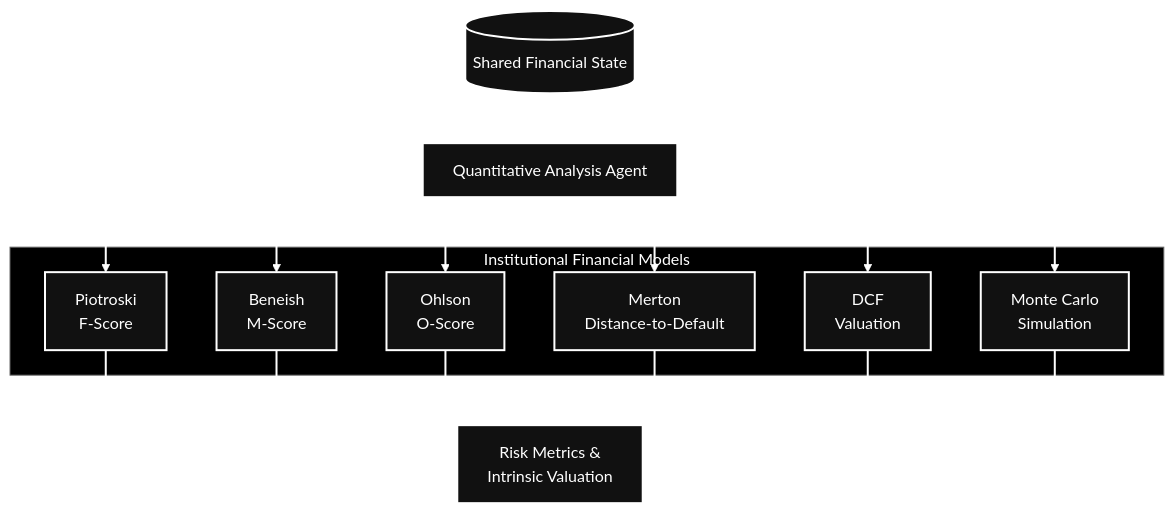
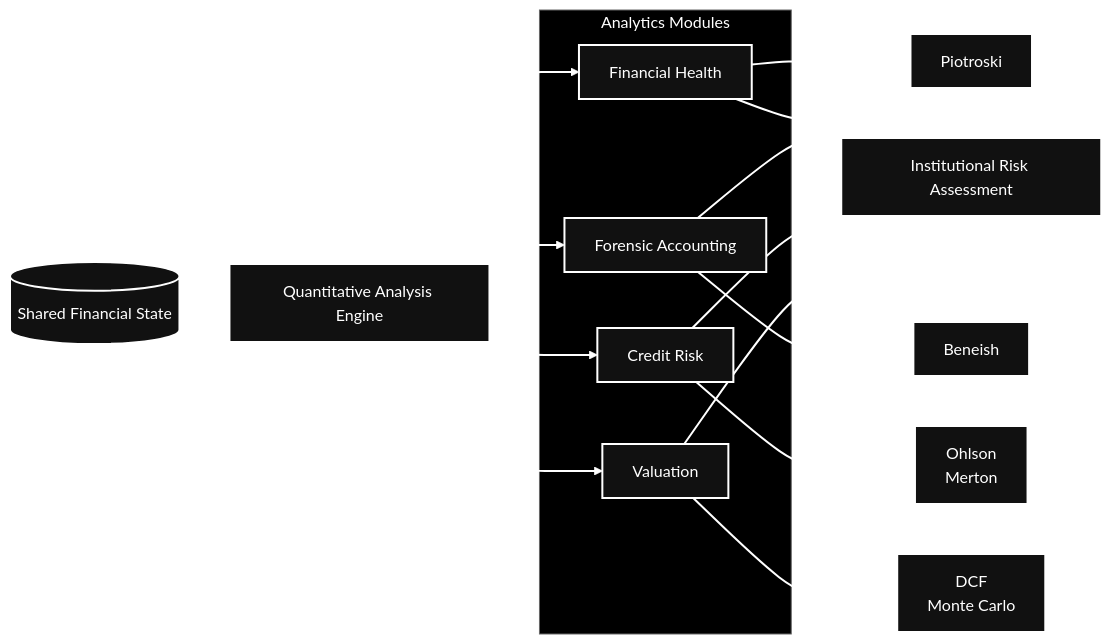
The diagram in README.md (Shiva498689/GDG_PS), drawn with Mermaid before and after one commit.

````diff
--- a/README.md
+++ b/README.md
@@ -1,49 +1,49 @@
 ```mermaid
-flowchart TB
+flowchart LR
 
     STATE[(Shared Financial State)]
 
-    AGENT["Quantitative Analysis Agent"]
+    AGENT["Quantitative Analysis Engine"]
 
-    subgraph MODELS["Institutional Financial Models"]
+    subgraph ANALYTICS["Analytics Modules"]
 
-        F["Piotroski<br/>F-Score"]
+        HEALTH["Financial Health"]
 
-        B["Beneish<br/>M-Score"]
+        FORENSICS["Forensic Accounting"]
 
-        O["Ohlson<br/>O-Score"]
+        CREDIT["Credit Risk"]
 
-        M["Merton<br/>Distance-to-Default"]
-
-        D["DCF<br/>Valuation"]
-
-        MC["Monte Carlo<br/>Simulation"]
+        VAL["Valuation"]
 
     end
 
-    OUTPUT["Risk Metrics &<br/>Intrinsic Valuation"]
+    OUTPUT["Institutional Risk Assessment"]
 
     STATE --> AGENT
 
-    AGENT --> F
-    AGENT --> B
-    AGENT --> O
-    AGENT --> M
-    AGENT --> D
-    AGENT --> MC
+    AGENT --> HEALTH
+    AGENT --> FORENSICS
+    AGENT --> CREDIT
+    AGENT --> VAL
 
-    F --> OUTPUT
-    B --> OUTPUT
-    O --> OUTPUT
-    M --> OUTPUT
-    D --> OUTPUT
-    MC --> OUTPUT
+    HEALTH --- HEALTH_M["Piotroski"]
+
+    FORENSICS --- FORENSICS_M["Beneish"]
+
+    CREDIT --- CREDIT_M["Ohlson<br/>Merton"]
+
+    VAL --- VAL_M["DCF<br/>Monte Carlo"]
+
+    HEALTH --> OUTPUT
+    FORENSICS --> OUTPUT
+    CREDIT --> OUTPUT
+    VAL --> OUTPUT
 
     classDef dark fill:#111111,stroke:#FFFFFF,color:#FFFFFF,stroke-width:2px;
 
-    class STATE,AGENT,F,B,O,M,D,MC,OUTPUT dark;
+    class STATE,AGENT,HEALTH,FORENSICS,CREDIT,VAL,OUTPUT,HEALTH_M,FORENSICS_M,CREDIT_M,VAL_M dark;
 
-    style MODELS fill:#000000,stroke:#666666,color:#FFFFFF
+    style ANALYTICS fill:#000000,stroke:#666666,color:#FFFFFF
 
     linkStyle default stroke:#FFFFFF,stroke-width:2px
 ```
````
